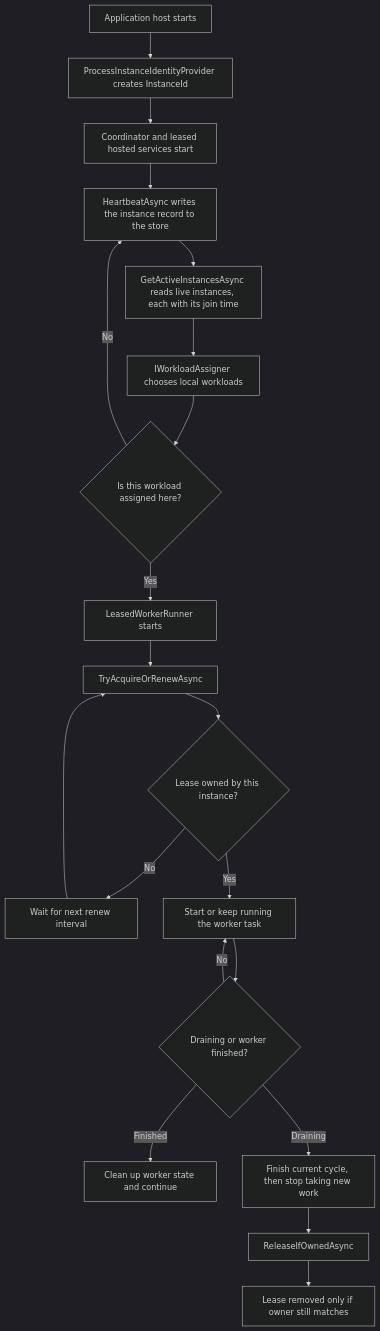
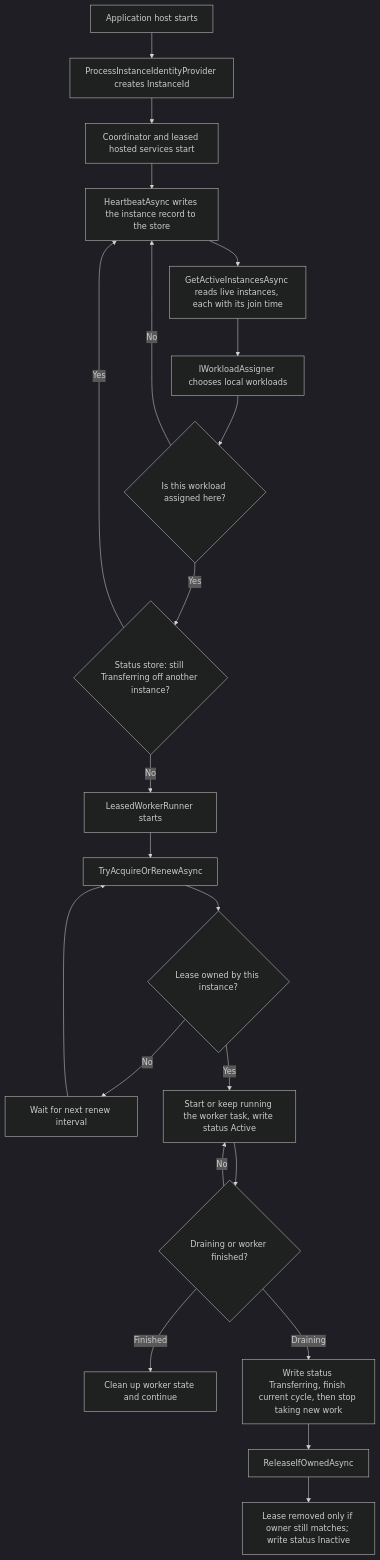
The diagram in docs/leader-election-flow.md (pavlek1817/multiinstance-worker), drawn with Mermaid (dark theme) before and after one commit. The commit also changed other lines of this file and 33 other files, not shown here.

````diff
--- a/docs/leader-election-flow.md
+++ b/docs/leader-election-flow.md
@@ -14,22 +17,24 @@
 ```mermaid
 flowchart TD
     A[Application host starts] --> B[ProcessInstanceIdentityProvider creates InstanceId]
     B --> C[Coordinator and leased hosted services start]
     C --> D[HeartbeatAsync writes the instance record to the store]
     D --> E[GetActiveInstancesAsync reads live instances, each with its join time]
     E --> F[IWorkloadAssigner chooses local workloads]
     F --> G{Is this workload assigned here?}
     G -- No --> D
-    G -- Yes --> H[LeasedWorkerRunner starts]
+    G -- Yes --> G2{Status store: still Transferring off another instance?}
+    G2 -- Yes --> D
+    G2 -- No --> H[LeasedWorkerRunner starts]
     H --> I[TryAcquireOrRenewAsync]
     I --> J{Lease owned by this instance?}
     J -- No --> K[Wait for next renew interval]
     K --> I
-    J -- Yes --> L[Start or keep running the worker task]
+    J -- Yes --> L[Start or keep running the worker task, write status Active]
     L --> M{Draining or worker finished?}
     M -- No --> L
     M -- Finished --> N[Clean up worker state and continue]
-    M -- Draining --> O[Finish current cycle, then stop taking new work]
+    M -- Draining --> O[Write status Transferring, finish current cycle, then stop taking new work]
     O --> P[ReleaseIfOwnedAsync]
-    P --> Q[Lease removed only if owner still matches]
+    P --> Q[Lease removed only if owner still matches; write status Inactive]
 ```
````
